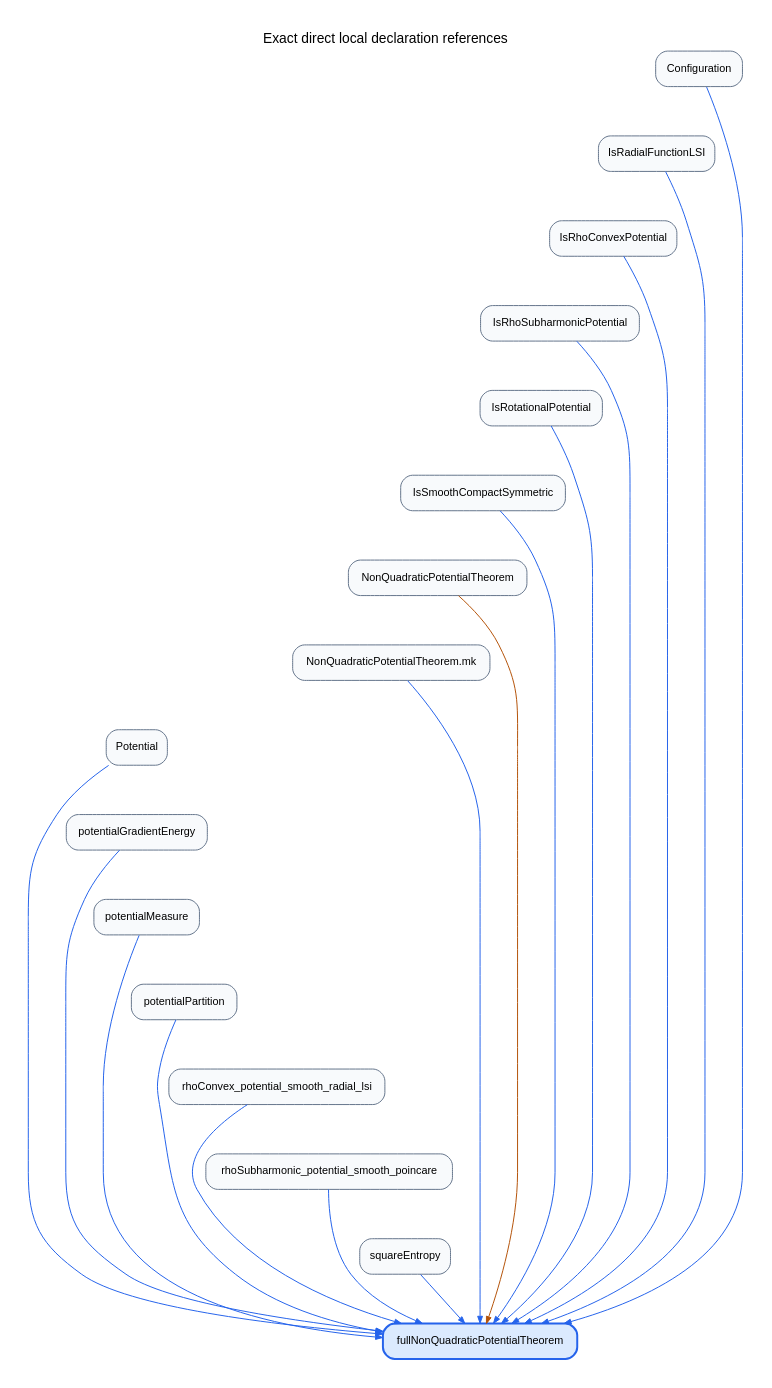
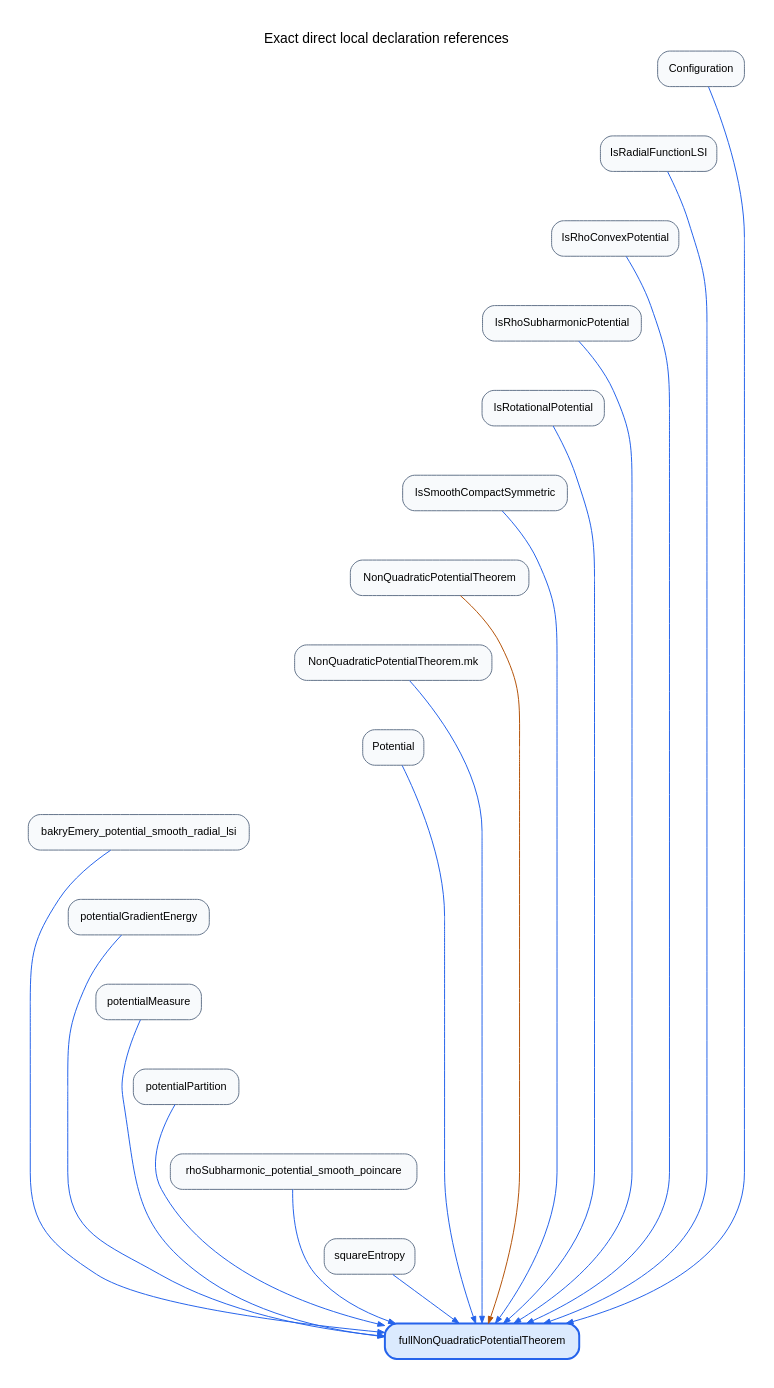
Before and after one commit to djalilchafai/ginibre-poincare: the diagram in diagrams/formal-fullNonQuadraticPotentialTheorem.dot, drawn with Graphviz. The commit also changed 66 other files, not shown here.

Commit message:
Complete Bakry-Emery radial proof and independent spectral calculations

```diff
--- a/diagrams/formal-fullNonQuadraticPotentialTheorem.dot
+++ b/diagrams/formal-fullNonQuadraticPotentialTheorem.dot
@@ -1,51 +1,51 @@
 digraph formal_dependencies {
 rankdir=TB;
 graph [bgcolor="white", pad="0.3", nodesep="0.25", ranksep="0.7", label="Exact direct local declaration references", labelloc=t, fontname="sans-serif"];
 node [shape=box, style="rounded,filled", fillcolor="#f8fafc", color="#64748b", fontname="sans-serif", fontsize=11];
 edge [arrowsize=0.7, fontname="sans-serif", fontsize=9];
 "GinibrePoincare.Configuration" [label="Configuration"];
 "GinibrePoincare.IsRadialFunctionLSI" [label="IsRadialFunctionLSI"];
 "GinibrePoincare.IsRhoConvexPotential" [label="IsRhoConvexPotential"];
 "GinibrePoincare.IsRhoSubharmonicPotential" [label="IsRhoSubharmonicPotential"];
 "GinibrePoincare.IsRotationalPotential" [label="IsRotationalPotential"];
 "GinibrePoincare.IsSmoothCompactSymmetric" [label="IsSmoothCompactSymmetric"];
 "GinibrePoincare.NonQuadraticPotentialTheorem" [label="NonQuadraticPotentialTheorem"];
 "GinibrePoincare.NonQuadraticPotentialTheorem.mk" [label="NonQuadraticPotentialTheorem.mk"];
 "GinibrePoincare.Potential" [label="Potential"];
+"GinibrePoincare.bakryEmery_potential_smooth_radial_lsi" [label="bakryEmery_potential_smooth_radial_lsi"];
 "GinibrePoincare.fullNonQuadraticPotentialTheorem" [label="fullNonQuadraticPotentialTheorem", fillcolor="#dbeafe", color="#2563eb", penwidth=2];
 "GinibrePoincare.potentialGradientEnergy" [label="potentialGradientEnergy"];
 "GinibrePoincare.potentialMeasure" [label="potentialMeasure"];
 "GinibrePoincare.potentialPartition" [label="potentialPartition"];
-"GinibrePoincare.rhoConvex_potential_smooth_radial_lsi" [label="rhoConvex_potential_smooth_radial_lsi"];
 "GinibrePoincare.rhoSubharmonic_potential_smooth_poincare" [label="rhoSubharmonic_potential_smooth_poincare"];
 "GinibrePoincare.squareEntropy" [label="squareEntropy"];
 "GinibrePoincare.Configuration" -> "GinibrePoincare.fullNonQuadraticPotentialTheorem" [color="#2563eb", tooltip="value"];
 "GinibrePoincare.IsRadialFunctionLSI" -> "GinibrePoincare.fullNonQuadraticPotentialTheorem" [color="#2563eb", tooltip="value"];
 "GinibrePoincare.IsRhoConvexPotential" -> "GinibrePoincare.fullNonQuadraticPotentialTheorem" [color="#2563eb", tooltip="value"];
 "GinibrePoincare.IsRhoSubharmonicPotential" -> "GinibrePoincare.fullNonQuadraticPotentialTheorem" [color="#2563eb", tooltip="value"];
 "GinibrePoincare.IsRotationalPotential" -> "GinibrePoincare.fullNonQuadraticPotentialTheorem" [color="#2563eb", tooltip="value"];
 "GinibrePoincare.IsSmoothCompactSymmetric" -> "GinibrePoincare.fullNonQuadraticPotentialTheorem" [color="#2563eb", tooltip="value"];
 "GinibrePoincare.NonQuadraticPotentialTheorem" -> "GinibrePoincare.fullNonQuadraticPotentialTheorem" [color="#b45309", tooltip="type"];
 "GinibrePoincare.NonQuadraticPotentialTheorem.mk" -> "GinibrePoincare.fullNonQuadraticPotentialTheorem" [color="#2563eb", tooltip="value"];
 "GinibrePoincare.Potential" -> "GinibrePoincare.fullNonQuadraticPotentialTheorem" [color="#2563eb", tooltip="value"];
+"GinibrePoincare.bakryEmery_potential_smooth_radial_lsi" -> "GinibrePoincare.fullNonQuadraticPotentialTheorem" [color="#2563eb", tooltip="value"];
 "GinibrePoincare.potentialGradientEnergy" -> "GinibrePoincare.fullNonQuadraticPotentialTheorem" [color="#2563eb", tooltip="value"];
 "GinibrePoincare.potentialMeasure" -> "GinibrePoincare.fullNonQuadraticPotentialTheorem" [color="#2563eb", tooltip="value"];
 "GinibrePoincare.potentialPartition" -> "GinibrePoincare.fullNonQuadraticPotentialTheorem" [color="#2563eb", tooltip="value"];
-"GinibrePoincare.rhoConvex_potential_smooth_radial_lsi" -> "GinibrePoincare.fullNonQuadraticPotentialTheorem" [color="#2563eb", tooltip="value"];
 "GinibrePoincare.rhoSubharmonic_potential_smooth_poincare" -> "GinibrePoincare.fullNonQuadraticPotentialTheorem" [color="#2563eb", tooltip="value"];
 "GinibrePoincare.squareEntropy" -> "GinibrePoincare.fullNonQuadraticPotentialTheorem" [color="#2563eb", tooltip="value"];
 "GinibrePoincare.Configuration" -> "GinibrePoincare.IsRadialFunctionLSI" [style=invis];
 "GinibrePoincare.IsRadialFunctionLSI" -> "GinibrePoincare.IsRhoConvexPotential" [style=invis];
 "GinibrePoincare.IsRhoConvexPotential" -> "GinibrePoincare.IsRhoSubharmonicPotential" [style=invis];
 "GinibrePoincare.IsRhoSubharmonicPotential" -> "GinibrePoincare.IsRotationalPotential" [style=invis];
 "GinibrePoincare.IsRotationalPotential" -> "GinibrePoincare.IsSmoothCompactSymmetric" [style=invis];
 "GinibrePoincare.IsSmoothCompactSymmetric" -> "GinibrePoincare.NonQuadraticPotentialTheorem" [style=invis];
 "GinibrePoincare.NonQuadraticPotentialTheorem" -> "GinibrePoincare.NonQuadraticPotentialTheorem.mk" [style=invis];
 "GinibrePoincare.NonQuadraticPotentialTheorem.mk" -> "GinibrePoincare.Potential" [style=invis];
-"GinibrePoincare.Potential" -> "GinibrePoincare.potentialGradientEnergy" [style=invis];
+"GinibrePoincare.Potential" -> "GinibrePoincare.bakryEmery_potential_smooth_radial_lsi" [style=invis];
+"GinibrePoincare.bakryEmery_potential_smooth_radial_lsi" -> "GinibrePoincare.potentialGradientEnergy" [style=invis];
 "GinibrePoincare.potentialGradientEnergy" -> "GinibrePoincare.potentialMeasure" [style=invis];
 "GinibrePoincare.potentialMeasure" -> "GinibrePoincare.potentialPartition" [style=invis];
-"GinibrePoincare.potentialPartition" -> "GinibrePoincare.rhoConvex_potential_smooth_radial_lsi" [style=invis];
-"GinibrePoincare.rhoConvex_potential_smooth_radial_lsi" -> "GinibrePoincare.rhoSubharmonic_potential_smooth_poincare" [style=invis];
+"GinibrePoincare.potentialPartition" -> "GinibrePoincare.rhoSubharmonic_potential_smooth_poincare" [style=invis];
 "GinibrePoincare.rhoSubharmonic_potential_smooth_poincare" -> "GinibrePoincare.squareEntropy" [style=invis];
 }
```
